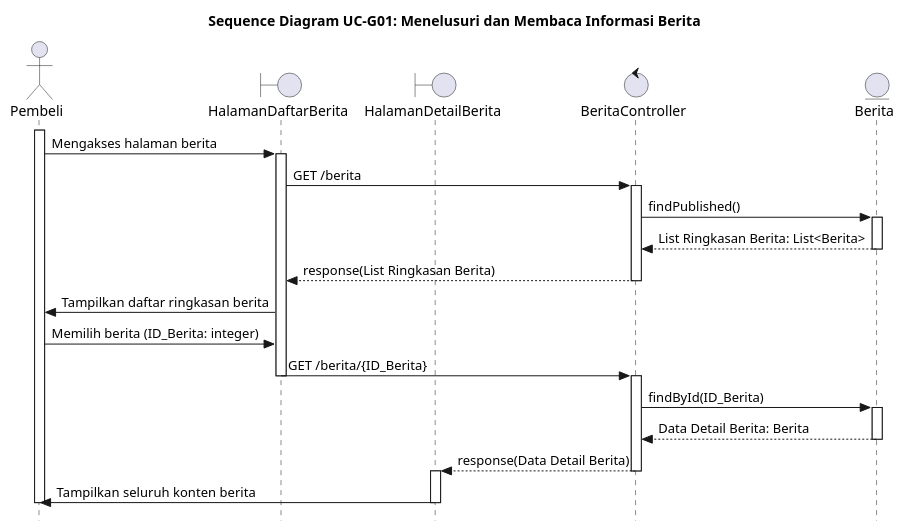
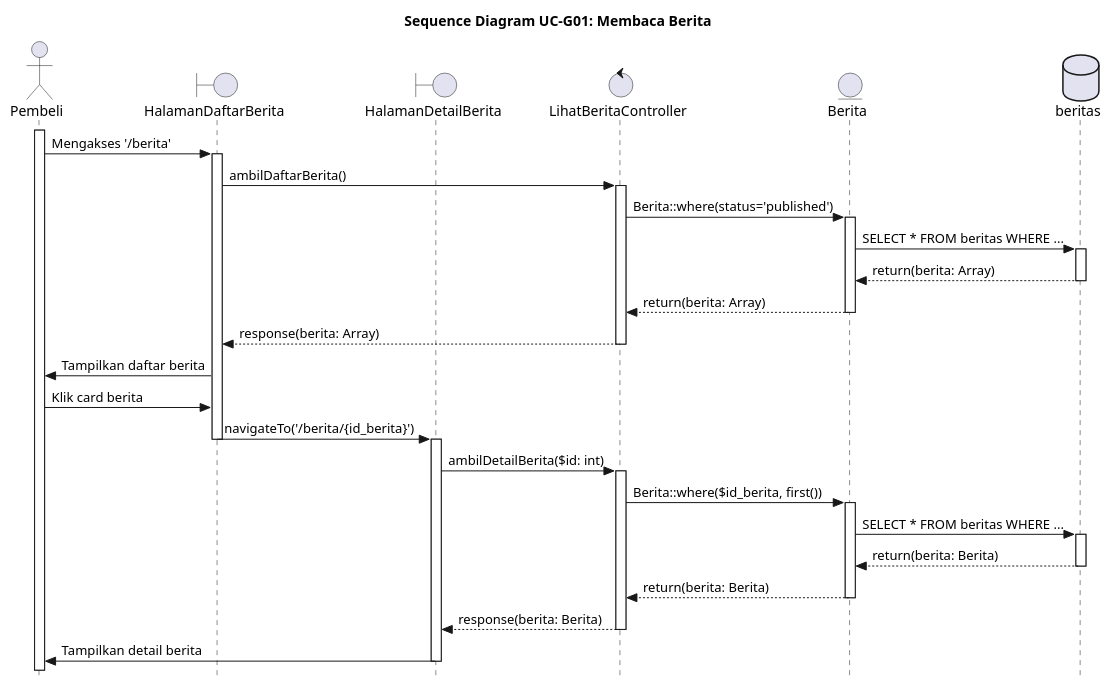
One commit to alfiahnurfa/RSI-PROYEK-AKHIR-SEQUENCE changed the diagram in UC-G01.PUML. Above: the diagram before and after it, drawn with PlantUML. The commit also changed 15 other files, not shown here.

Commit message:
perbaikan seq diagram

```diff
--- a/UC-G01.PUML
+++ b/UC-G01.PUML
@@ -1,46 +1,99 @@
 @startuml SD-UC-G01_MembacaBerita
-title Sequence Diagram UC-G01: Menelusuri dan Membaca Informasi Berita
+title Sequence Diagram UC-G01: Membaca Berita
 skinparam style strictuml
 
 actor Pembeli
 boundary HalamanDaftarBerita
 boundary HalamanDetailBerita
-control BeritaController
+control LihatBeritaController
 entity Berita
+database beritas
 
 activate Pembeli
-Pembeli -> HalamanDaftarBerita : Mengakses halaman berita
+
+Pembeli -> HalamanDaftarBerita : Mengakses '/berita'
 activate HalamanDaftarBerita
 
-HalamanDaftarBerita -> BeritaController : GET /berita
-activate BeritaController
+HalamanDaftarBerita -> LihatBeritaController : ambilDaftarBerita()
+activate LihatBeritaController
 
-BeritaController -> Berita : findPublished()
+LihatBeritaController -> Berita : Berita::where(status='published')
 activate Berita
-Berita --> BeritaController : List Ringkasan Berita: List<Berita>
+
+Berita -> beritas : SELECT * FROM beritas WHERE ...
+activate beritas
+
+beritas --> Berita : return(berita: Array)
+deactivate beritas
+
+Berita --> LihatBeritaController : return(berita: Array)
 deactivate Berita
 
-BeritaController --> HalamanDaftarBerita : response(List Ringkasan Berita)
-deactivate BeritaController
+LihatBeritaController --> HalamanDaftarBerita : response(berita: Array)
+deactivate LihatBeritaController
 
-HalamanDaftarBerita -> Pembeli : Tampilkan daftar ringkasan berita
+HalamanDaftarBerita -> Pembeli : Tampilkan daftar berita
 
-Pembeli -> HalamanDaftarBerita : Memilih berita (ID_Berita: integer)
-HalamanDaftarBerita -> BeritaController : GET /berita/{ID_Berita}
+Pembeli -> HalamanDaftarBerita : Klik card berita
+
+HalamanDaftarBerita -> HalamanDetailBerita : navigateTo('/berita/{id_berita}')
 deactivate HalamanDaftarBerita
-activate BeritaController
+activate HalamanDetailBerita
 
-BeritaController -> Berita : findById(ID_Berita)
+HalamanDetailBerita -> LihatBeritaController : ambilDetailBerita($id: int)
+activate LihatBeritaController
+
+LihatBeritaController -> Berita : Berita::where($id_berita, first())
 activate Berita
-Berita --> BeritaController : Data Detail Berita: Berita
+
+Berita -> beritas : SELECT * FROM beritas WHERE ...
+activate beritas
+
+beritas --> Berita : return(berita: Berita)
+deactivate beritas
+
+Berita --> LihatBeritaController : return(berita: Berita)
 deactivate Berita
 
-BeritaController --> HalamanDetailBerita : response(Data Detail Berita)
-deactivate BeritaController
-activate HalamanDetailBerita
+LihatBeritaController --> HalamanDetailBerita : response(berita: Berita)
+deactivate LihatBeritaController
 
-HalamanDetailBerita -> Pembeli : Tampilkan seluruh konten berita
+HalamanDetailBerita -> Pembeli : Tampilkan detail berita
 deactivate HalamanDetailBerita
-deactivate Pembeli
+
+' activate Pembeli
+' Pembeli -> HalamanDaftarBerita : Mengakses halaman berita
+' activate HalamanDaftarBerita
+
+' HalamanDaftarBerita -> BeritaController : GET /berita
+' activate BeritaController
+
+' BeritaController -> Berita : findPublished()
+' activate Berita
+' Berita --> BeritaController : List Ringkasan Berita: List<Berita>
+' deactivate Berita
+
+' BeritaController --> HalamanDaftarBerita : response(List Ringkasan Berita)
+' deactivate BeritaController
+
+' HalamanDaftarBerita -> Pembeli : Tampilkan daftar ringkasan berita
+
+' Pembeli -> HalamanDaftarBerita : Memilih berita (ID_Berita: integer)
+' HalamanDaftarBerita -> BeritaController : GET /berita/{ID_Berita}
+' deactivate HalamanDaftarBerita
+' activate BeritaController
+
+' BeritaController -> Berita : findById(ID_Berita)
+' activate Berita
+' Berita --> BeritaController : Data Detail Berita: Berita
+' deactivate Berita
+
+' BeritaController --> HalamanDetailBerita : response(Data Detail Berita)
+' deactivate BeritaController
+' activate HalamanDetailBerita
+
+' HalamanDetailBerita -> Pembeli : Tampilkan seluruh konten berita
+' deactivate HalamanDetailBerita
+' deactivate Pembeli
 
 @enduml
```
